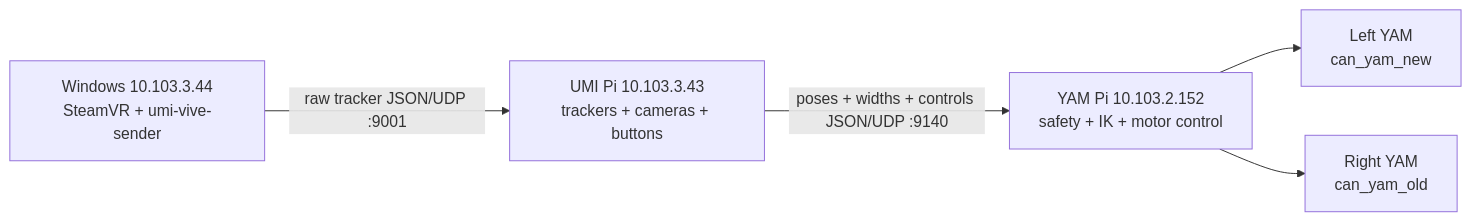
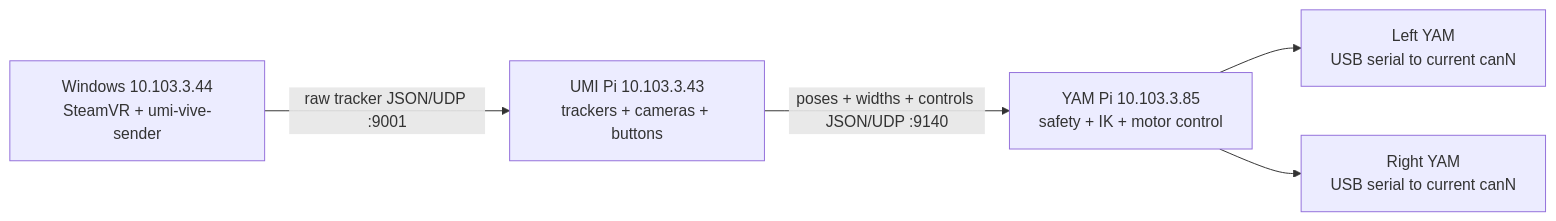
One commit to AfterQuery-Research/umi-teleop changed the diagram in README.md. Above: the diagram before and after it, drawn with Mermaid. The commit also changed other lines of this file and 8 other files, not shown here.

Commit message:
Make YAM CAN setup portable

````diff
--- a/README.md
+++ b/README.md
@@ -11,12 +11,12 @@
 ```mermaid
 flowchart LR
     W["Windows 10.103.3.44<br/>SteamVR + umi-vive-sender"]
     S["UMI Pi 10.103.3.43<br/>trackers + cameras + buttons"]
-    Y["YAM Pi 10.103.2.152<br/>safety + IK + motor control"]
-    L["Left YAM<br/>can_yam_new"]
-    R["Right YAM<br/>can_yam_old"]
+    Y["YAM Pi 10.103.3.85<br/>safety + IK + motor control"]
+    L["Left YAM<br/>USB serial to current canN"]
+    R["Right YAM<br/>USB serial to current canN"]
     W -->|"raw tracker JSON/UDP :9001"| S
     S -->|"poses + widths + controls JSON/UDP :9140"| Y
     Y --> L
     Y --> R
 ```
````
